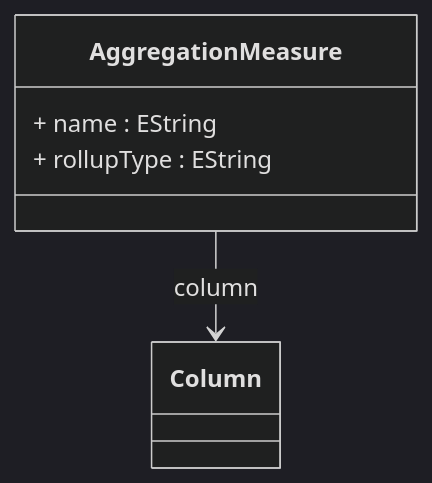
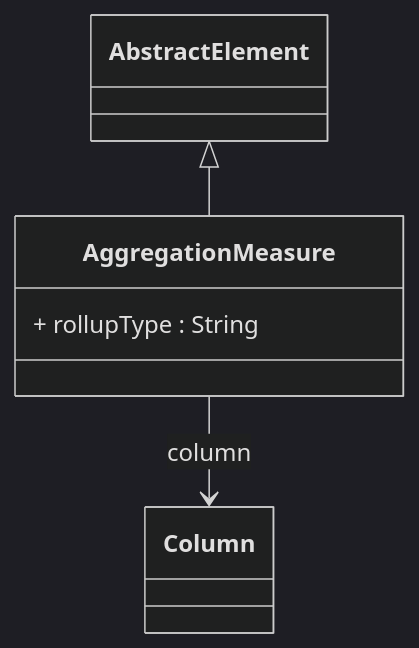
One commit to eclipse-daanse/eclipse-daanse.github.io changed the diagram in docs/cubeserver/model/class-AggregationMeasure.md. Above: the diagram before and after it, drawn with Mermaid (dark theme). The commit also changed other lines of this file and 138 other files, not shown here.

````diff
--- a/docs/cubeserver/model/class-AggregationMeasure.md
+++ b/docs/cubeserver/model/class-AggregationMeasure.md
@@ -83,11 +76,10 @@
 ```mermaid
 classDiagram
   class AggregationMeasure {
-    + name : EString
-    + rollupType : EString
+    + rollupType : String
   }
 
-
+  AbstractElement <|-- AggregationMeasure
   AggregationMeasure --> Column : column
 
 ```
````
